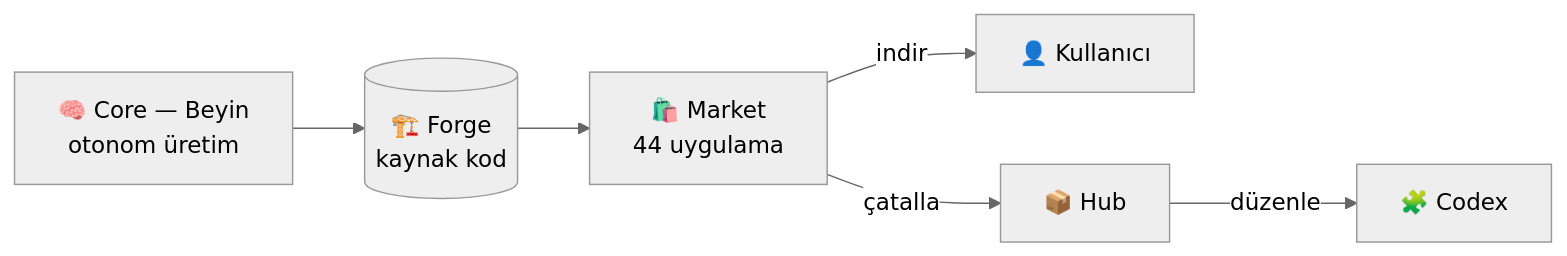
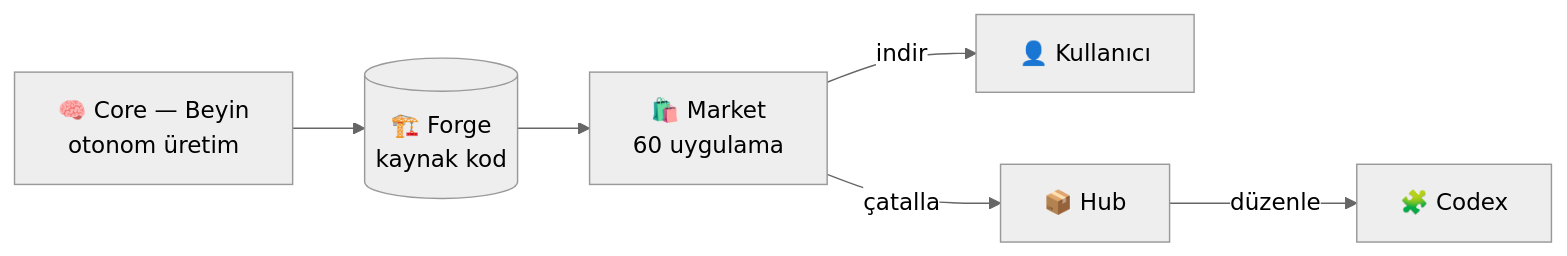
One commit to numexai/numex-market changed the diagram in README.md. Above: the diagram before and after it, drawn with Mermaid (neutral theme). The commit also changed other lines of this file and 887 other files, not shown here.

````diff
--- a/README.md
+++ b/README.md
@@ -85,8 +85,8 @@
 ```mermaid
 flowchart LR
   CORE[🧠 Core — Beyin<br/>otonom üretim] --> FORGE[(🏗️ Forge<br/>kaynak kod)]
-  FORGE --> MARKET[🛍️ Market<br/>44 uygulama]
+  FORGE --> MARKET[🛍️ Market<br/>60 uygulama]
   MARKET -->|indir| USER[👤 Kullanıcı]
   MARKET -->|çatalla| HUB[📦 Hub]
   HUB -->|düzenle| CODEX[🧩 Codex]
 ```
````
